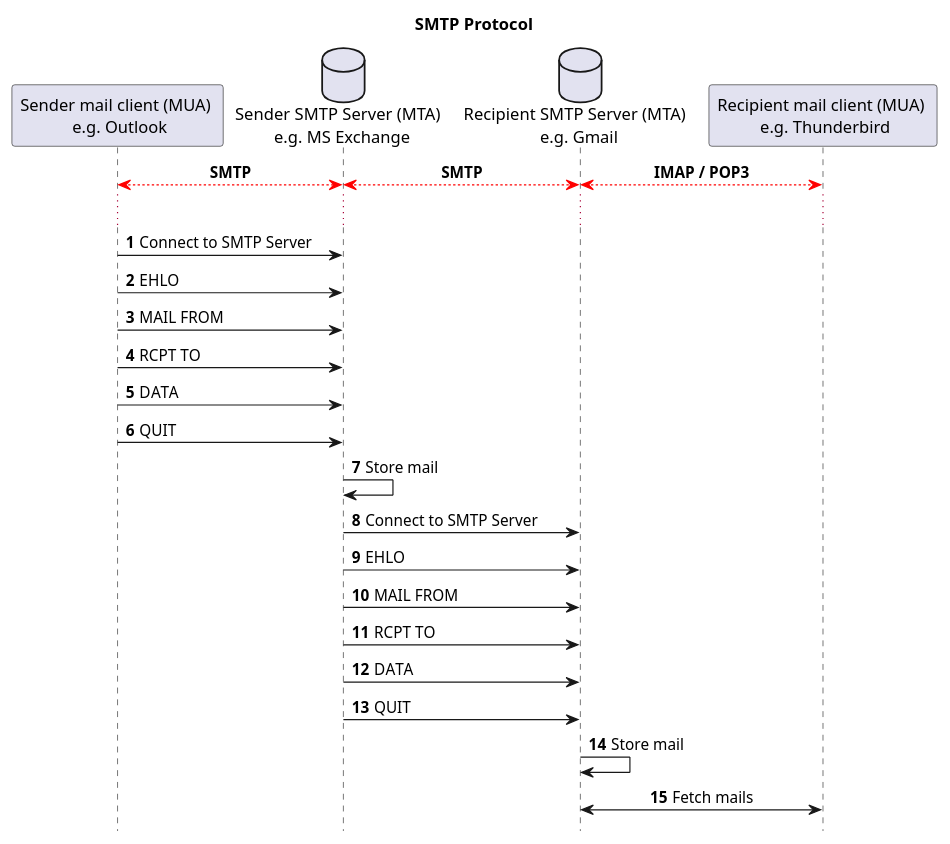
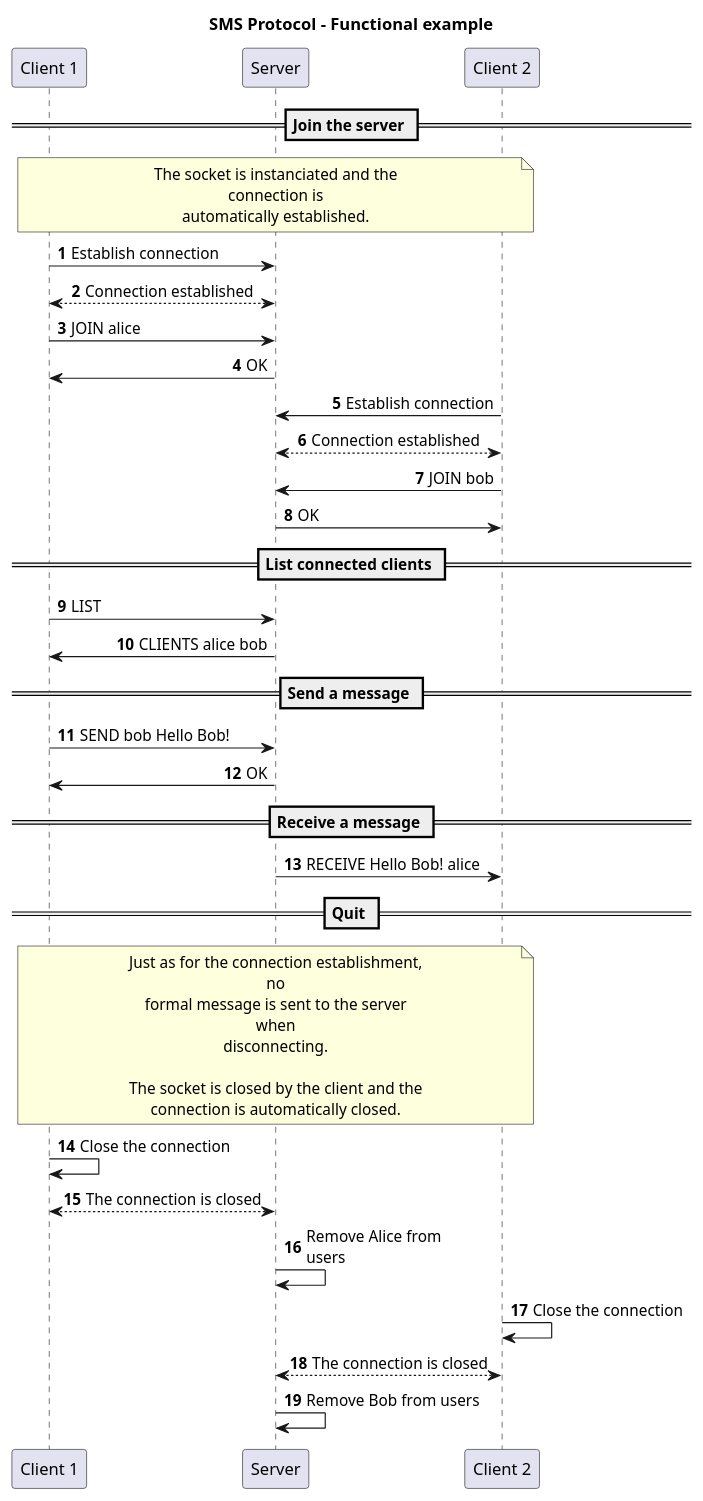
Before and after one commit to heig-vd-dai-course/heig-vd-dai-course: the diagram in 05.03-smtp-and-ncat/01-course-material/images/smtp-protocol-diagram.plantuml, drawn with PlantUML. The commit also changed other lines of this file and 23 other files, not shown here.

```diff
--- a/05.03-smtp-and-ncat/01-course-material/images/smtp-protocol-diagram.plantuml
+++ b/05.03-smtp-and-ncat/01-course-material/images/smtp-protocol-diagram.plantuml
@@ -1,49 +1,69 @@
-@startuml smtp-protocol-diagram
+@startuml sms-protocol-example-1-functional-example
+
 skinparam boxPadding 100
 skinparam maxMessageSize 150
 skinparam noteTextAlignment center
 skinparam sequenceMessageAlign direction
 skinparam wrapWidth 250
 autonumber
-hide footbox
 
 !pragma teoz true
 
-title "SMTP Protocol"
+title "SMS Protocol - Functional example"
 
-participant "Sender mail client (MUA) \n e.g. Outlook" as ClientApp1
-Database "Sender SMTP Server (MTA) \n e.g. MS Exchange" as SMTPServer1
-Database "Recipient SMTP Server (MTA) \n e.g. Gmail" as SMTPServer2
-participant "Recipient mail client (MUA) \n e.g. Thunderbird" as ClientApp2
+participant "Client 1" as c1
+participant "Server" as s
+participant "Client 2" as c2
 
-autonumber stop
+== Join the server ==
 
-ClientApp1 <-[#red]-> SMTPServer1: **SMTP**
-& SMTPServer1 <-[#red]-> SMTPServer2: **SMTP**
-& SMTPServer2 <-[#red]-> ClientApp2: **IMAP / POP3**
+note over c1, c2
+The socket is instanciated and the connection is
+automatically established.
+end note
 
-autonumber resume
+c1->s : Establish connection
+c1<-->s : Connection established
 
-...
+c1->s: JOIN alice
+s->c1: OK
 
-ClientApp1 -> SMTPServer1: Connect to SMTP Server
-ClientApp1 -> SMTPServer1: EHLO
-ClientApp1 -> SMTPServer1: MAIL FROM
-ClientApp1 -> SMTPServer1: RCPT TO
-ClientApp1 -> SMTPServer1: DATA
-ClientApp1 -> SMTPServer1: QUIT
+c2->s : Establish connection
+c2<-->s : Connection established
 
-SMTPServer1 -> SMTPServer1: Store mail
+c2->s: JOIN bob
+s->c2: OK
 
-SMTPServer1 -> SMTPServer2: Connect to SMTP Server
-SMTPServer1 -> SMTPServer2: EHLO
-SMTPServer1 -> SMTPServer2: MAIL FROM
-SMTPServer1 -> SMTPServer2: RCPT TO
-SMTPServer1 -> SMTPServer2: DATA
-SMTPServer1 -> SMTPServer2: QUIT
+== List connected clients ==
 
-SMTPServer2 -> SMTPServer2: Store mail
+c1->s: LIST
+s->c1: CLIENTS alice bob
 
-ClientApp2 <-> SMTPServer2: Fetch mails
+== Send a message ==
 
+c1->s: SEND bob Hello Bob!
+s->c1: OK
+
+== Receive a message ==
+
+s->c2: RECEIVE Hello Bob! alice
+
+== Quit ==
+
+note over c1, c2
+Just as for the connection establishment, no
+formal message is sent to the server when
+disconnecting.
+
+The socket is closed by the client and the
+connection is automatically closed.
+end note
+
+c1->c1: Close the connection
+c1<-->s: The connection is closed
+s->s: Remove Alice from users
+
+c2->c2: Close the connection
+c2<-->s: The connection is closed
+s->s: Remove Bob from users
 @enduml
```
